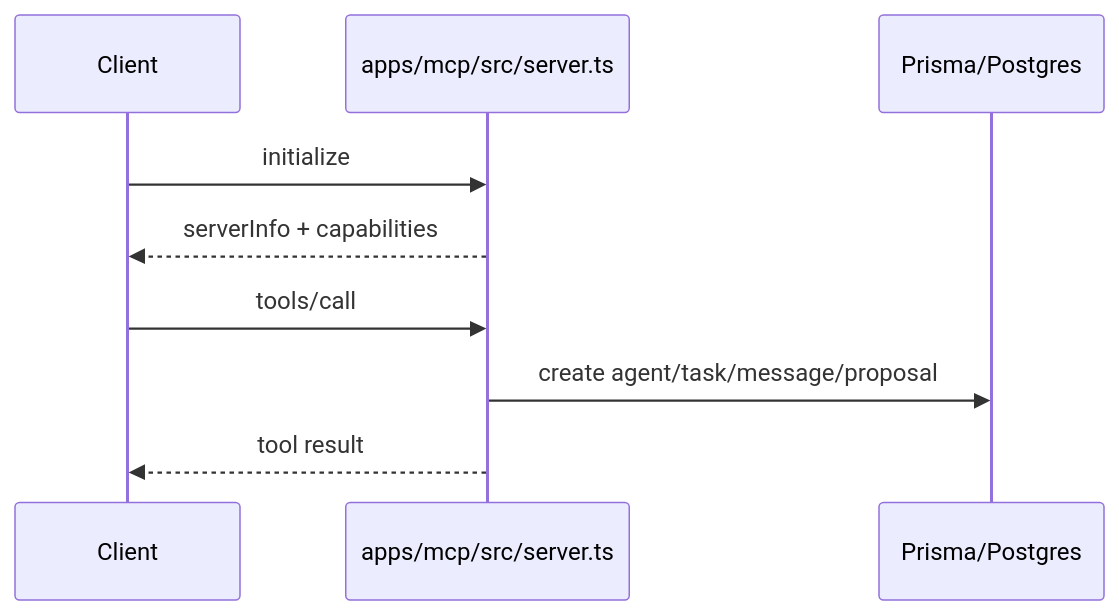
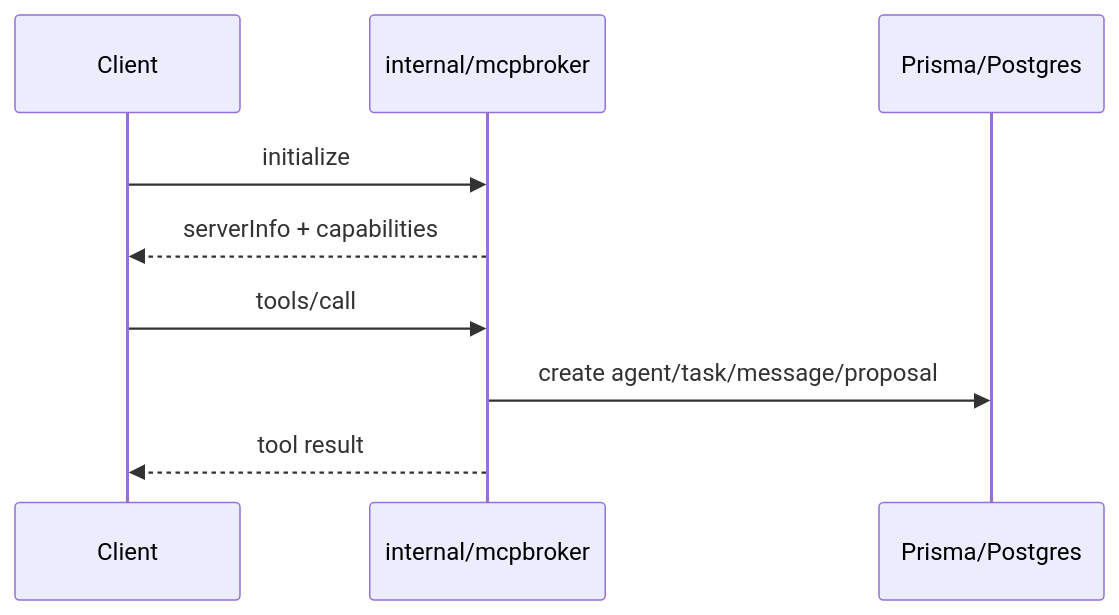
Before and after one commit to writer/Aperio: the diagram in droid-wiki/apps/mcp.md, drawn with Mermaid. The commit also changed other lines of this file and 30 other files, not shown here.

````diff
--- a/droid-wiki/apps/mcp.md
+++ b/droid-wiki/apps/mcp.md
@@ -27,12 +31,12 @@
 ```mermaid
 sequenceDiagram
   participant Client
-  participant Broker as apps/mcp/src/server.ts
+  participant Broker as internal/mcpbroker
   participant DB as Prisma/Postgres
 
   Client->>Broker: initialize
   Broker-->>Client: serverInfo + capabilities
   Client->>Broker: tools/call
   Broker->>DB: create agent/task/message/proposal
   Broker-->>Client: tool result
 ```
````
